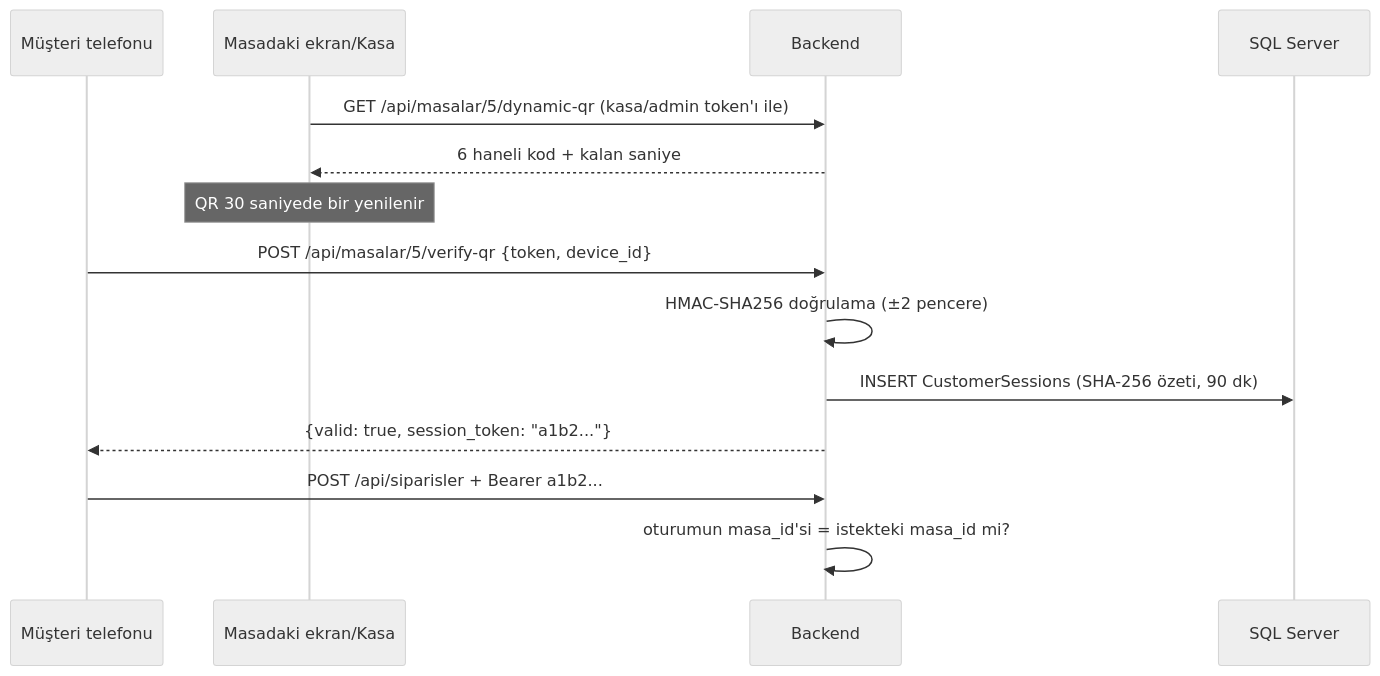
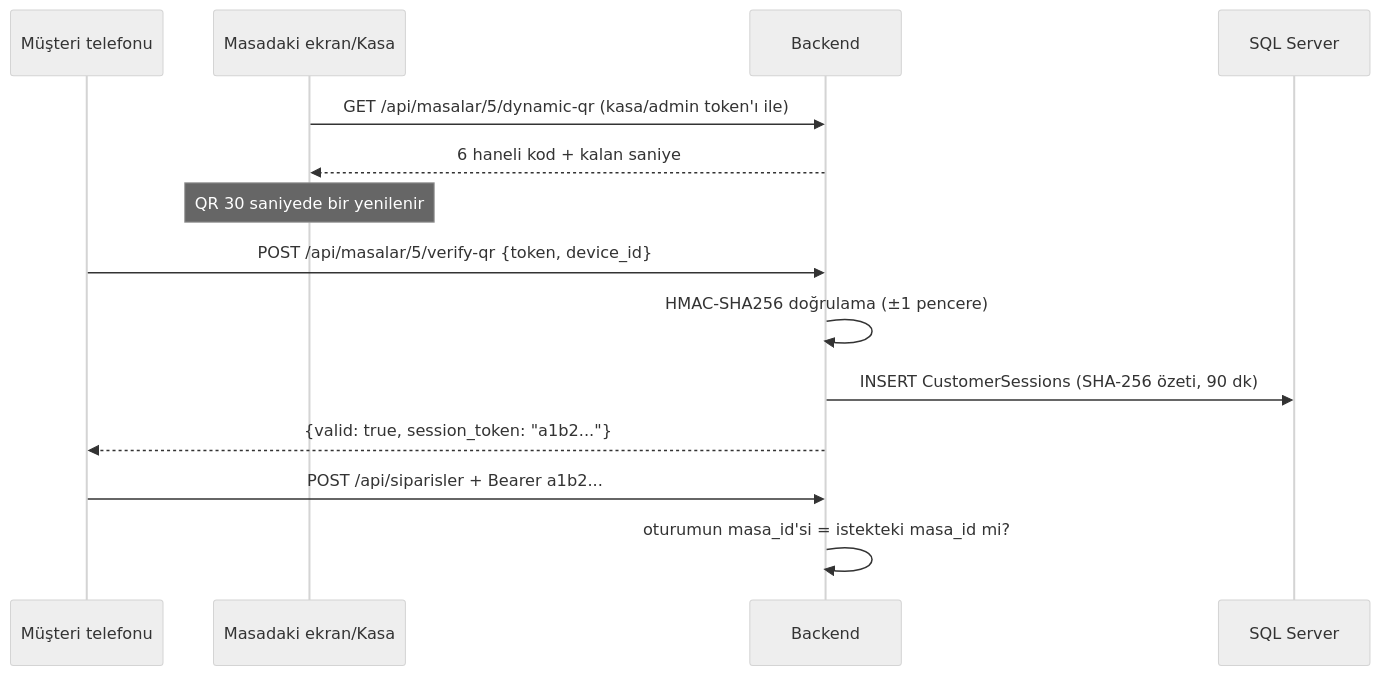
One commit to yoyaa12/YANDAN-qr changed the fifth of 9 diagrams in docs/PROJE_MIMARI_SUNUM.md. Above: the diagram before and after it, drawn with Mermaid (neutral theme). The commit also changed other lines of this file and 25 other files, not shown here.

````diff
--- a/docs/PROJE_MIMARI_SUNUM.md
+++ b/docs/PROJE_MIMARI_SUNUM.md
@@ -424,17 +424,17 @@
 ```mermaid
 sequenceDiagram
     participant M as Müşteri telefonu
     participant E as Masadaki ekran/Kasa
     participant API as Backend
     participant DB as SQL Server
 
     E->>API: GET /api/masalar/5/dynamic-qr (kasa/admin token'ı ile)
     API-->>E: 6 haneli kod + kalan saniye
     Note over E: QR 30 saniyede bir yenilenir
     M->>API: POST /api/masalar/5/verify-qr {token, device_id}
-    API->>API: HMAC-SHA256 doğrulama (±2 pencere)
+    API->>API: HMAC-SHA256 doğrulama (±1 pencere)
     API->>DB: INSERT CustomerSessions (SHA-256 özeti, 90 dk)
     API-->>M: {valid: true, session_token: "a1b2..."}
     M->>API: POST /api/siparisler + Bearer a1b2...
     API->>API: oturumun masa_id'si = istekteki masa_id mi?
 ```
````
